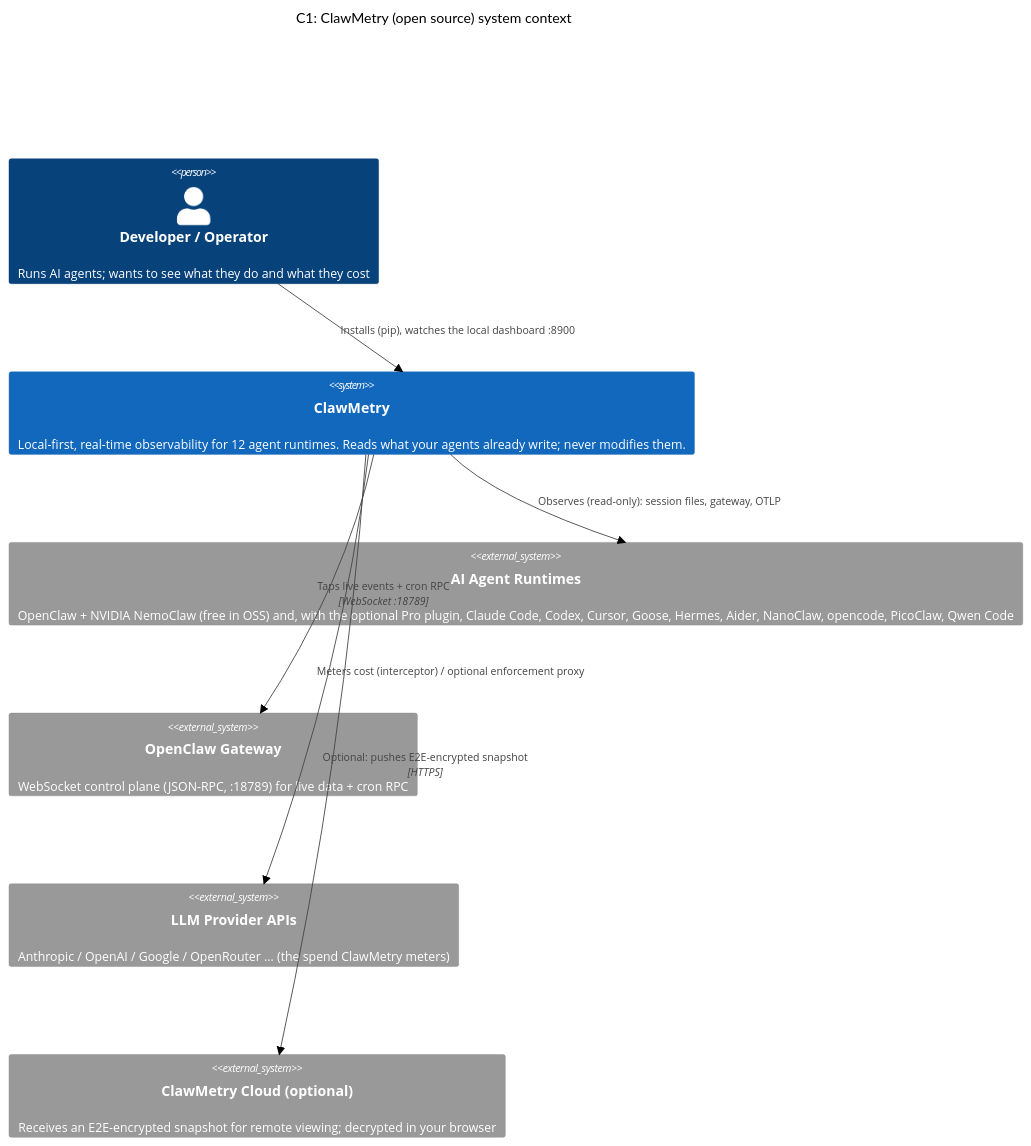
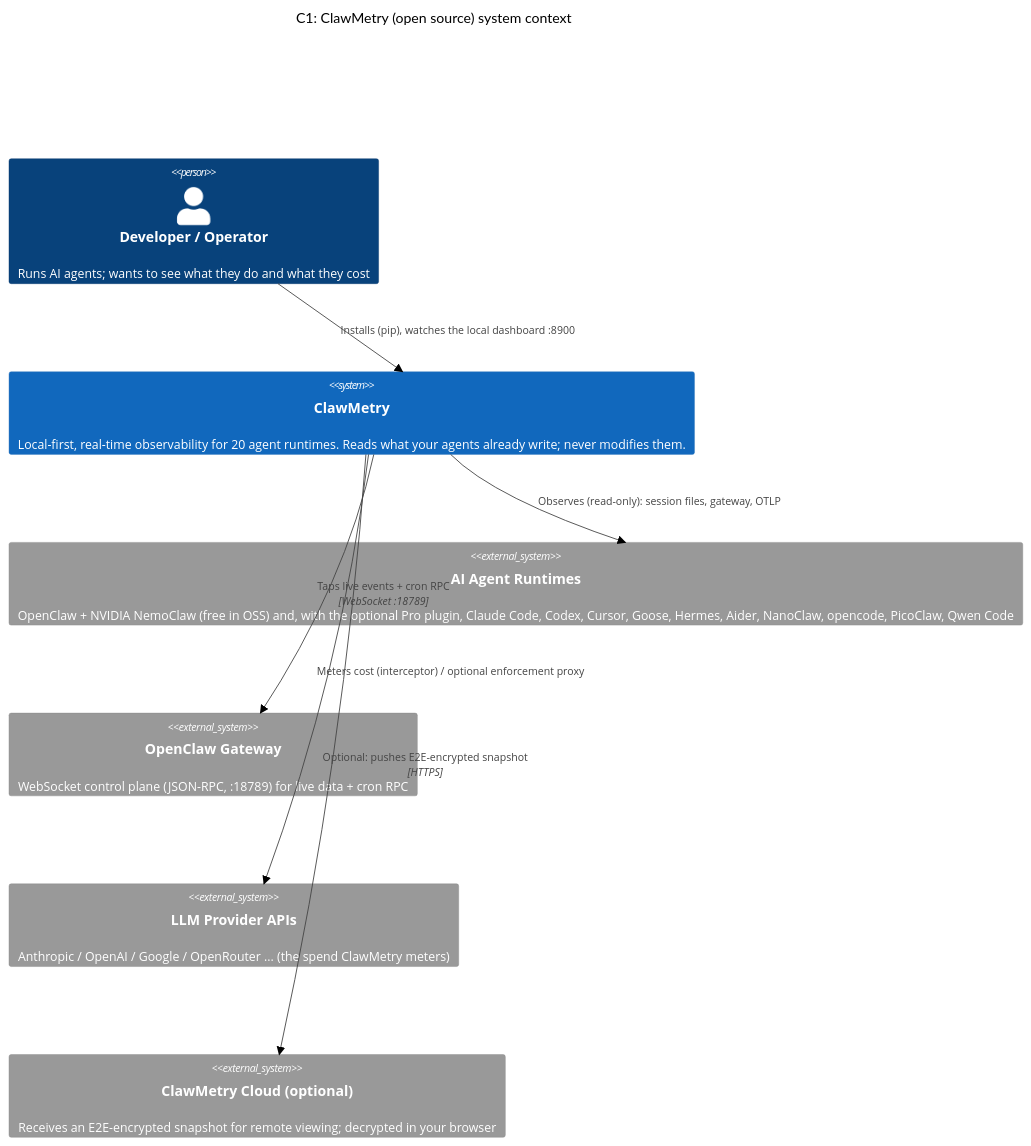
The first of 2 diagrams in ARCHITECTURE.md (mrbrazzi/clawmetry), drawn with Mermaid (neutral theme) before and after one commit. The commit also changed 21 other files, not shown here.

````diff
--- a/ARCHITECTURE.md
+++ b/ARCHITECTURE.md
@@ -37,18 +37,18 @@
 ```mermaid
 C4Context
 title C1: ClawMetry (open source) system context
 
 Person(dev, "Developer / Operator", "Runs AI agents; wants to see what they do and what they cost")
-System(clawmetry, "ClawMetry", "Local-first, real-time observability for 12 agent runtimes. Reads what your agents already write; never modifies them.")
+System(clawmetry, "ClawMetry", "Local-first, real-time observability for 20 agent runtimes. Reads what your agents already write; never modifies them.")
 
 System_Ext(runtimes, "AI Agent Runtimes", "OpenClaw + NVIDIA NemoClaw (free in OSS) and, with the optional Pro plugin, Claude Code, Codex, Cursor, Goose, Hermes, Aider, NanoClaw, opencode, PicoClaw, Qwen Code")
 System_Ext(gateway, "OpenClaw Gateway", "WebSocket control plane (JSON-RPC, :18789) for live data + cron RPC")
 System_Ext(llm, "LLM Provider APIs", "Anthropic / OpenAI / Google / OpenRouter ... (the spend ClawMetry meters)")
 System_Ext(cloud, "ClawMetry Cloud (optional)", "Receives an E2E-encrypted snapshot for remote viewing; decrypted in your browser")
 
 Rel(dev, clawmetry, "Installs (pip), watches the local dashboard :8900")
 Rel(clawmetry, runtimes, "Observes (read-only): session files, gateway, OTLP")
 Rel(clawmetry, gateway, "Taps live events + cron RPC", "WebSocket :18789")
 Rel(clawmetry, llm, "Meters cost (interceptor) / optional enforcement proxy")
 Rel(clawmetry, cloud, "Optional: pushes E2E-encrypted snapshot", "HTTPS")
 ```
````
